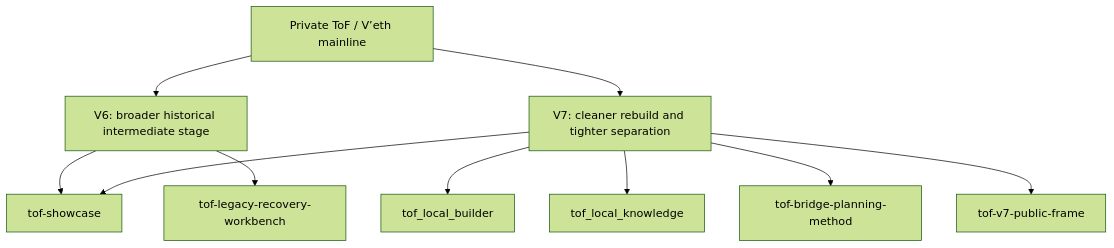
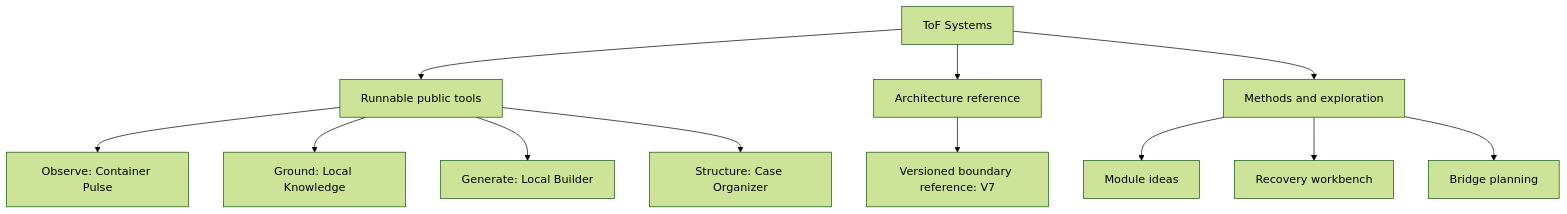
One commit to IMaugrenI/tof-showcase changed the diagram in docs/06_project-line.md. Above: the diagram before and after it, drawn with Mermaid (forest theme). The commit also changed other lines of this file, not shown here.

Commit message:
docs(showcase): clarify project family beyond version numbers (EN)

````diff
--- a/docs/06_project-line.md
+++ b/docs/06_project-line.md
@@ -65,13 +32,15 @@
 ```mermaid
 flowchart TD
-    A[Private ToF / V’eth mainline]
-    A --> B[V6: broader historical intermediate stage]
-    A --> C[V7: cleaner rebuild and tighter separation]
-    B --> D[tof-showcase]
-    C --> D
-    C --> E[tof_local_builder]
-    C --> F[tof_local_knowledge]
-    B --> G[tof-legacy-recovery-workbench]
-    C --> H[tof-bridge-planning-method]
-    C --> I[tof-v7-public-frame]
+    A[ToF Systems]
+    A --> B[Runnable public tools]
+    A --> C[Architecture reference]
+    A --> D[Methods and exploration]
+    B --> E[Observe: Container Pulse]
+    B --> F[Ground: Local Knowledge]
+    B --> G[Generate: Local Builder]
+    B --> H[Structure: Case Organizer]
+    C --> I[Versioned boundary reference: V7]
+    D --> J[Module ideas]
+    D --> K[Recovery workbench]
+    D --> L[Bridge planning]
 ```
````
